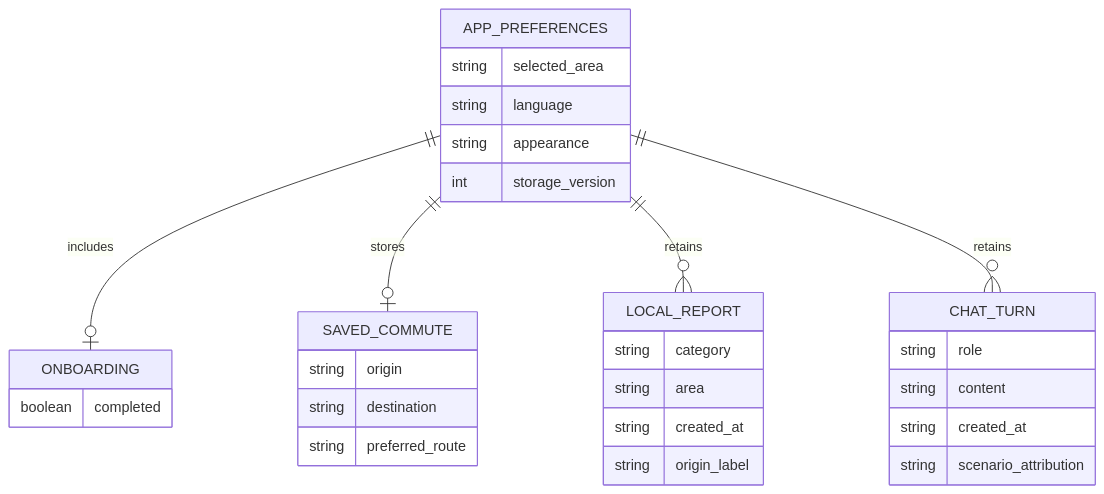
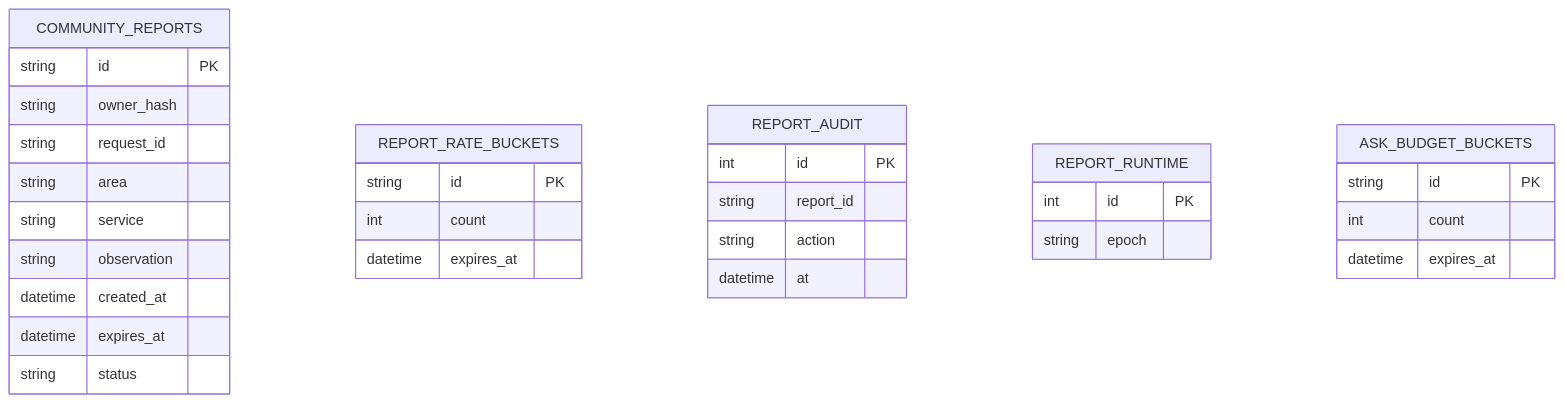
The fourth of 9 diagrams in docs/architecture/PANAPULSE_TECHNICAL_ARCHITECTURE.md (AngelP17/PanaPulse), drawn with Mermaid before and after one commit. The commit also changed other lines of this file and 13 other files, not shown here.

Commit message:
docs(beta): reconcile Mermaid architecture, API contracts and owner acceptance

````diff
--- a/docs/architecture/PANAPULSE_TECHNICAL_ARCHITECTURE.md
+++ b/docs/architecture/PANAPULSE_TECHNICAL_ARCHITECTURE.md
@@ -52,33 +97,34 @@
 ```mermaid
 erDiagram
-    APP_PREFERENCES ||--o| ONBOARDING : includes
-    APP_PREFERENCES ||--o| SAVED_COMMUTE : stores
-    APP_PREFERENCES ||--o{ LOCAL_REPORT : retains
-    APP_PREFERENCES ||--o{ CHAT_TURN : retains
-    APP_PREFERENCES {
-        string selected_area
-        string language
-        string appearance
-        int storage_version
+    COMMUNITY_REPORTS {
+        string id PK
+        string owner_hash
+        string request_id
+        string area
+        string service
+        string observation
+        datetime created_at
+        datetime expires_at
+        string status
     }
-    ONBOARDING {
-        boolean completed
+    REPORT_RATE_BUCKETS {
+        string id PK
+        int count
+        datetime expires_at
     }
-    SAVED_COMMUTE {
-        string origin
-        string destination
-        string preferred_route
+    REPORT_AUDIT {
+        int id PK
+        string report_id
+        string action
+        datetime at
     }
-    LOCAL_REPORT {
-        string category
-        string area
-        string created_at
-        string origin_label
+    REPORT_RUNTIME {
+        int id PK
+        string epoch
     }
-    CHAT_TURN {
-        string role
-        string content
-        string created_at
-        string scenario_attribution
+    ASK_BUDGET_BUCKETS {
+        string id PK
+        int count
+        datetime expires_at
     }
 ```
````
